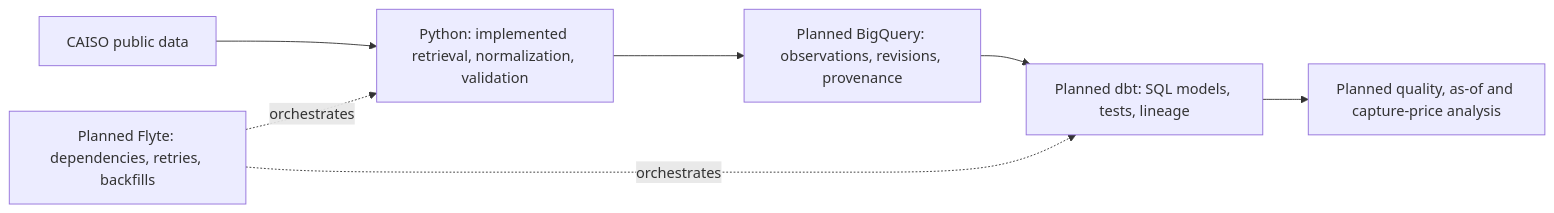
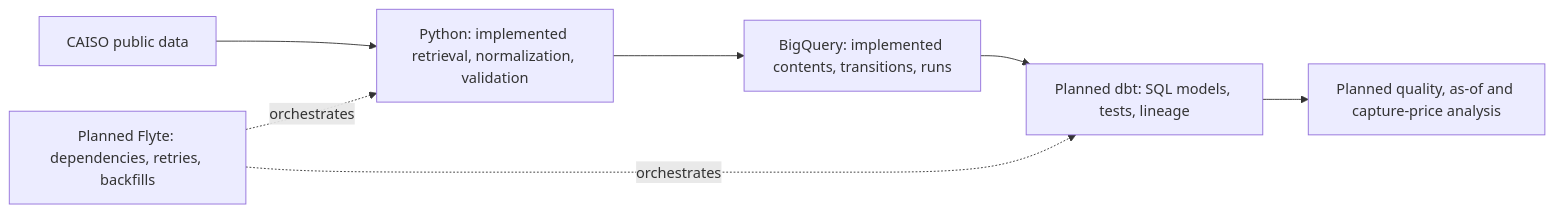
Before and after one commit to AdvaitBP/power-market-data-platform: the diagram in README.md, drawn with Mermaid. The commit also changed other lines of this file and 19 other files, not shown here.

Commit message:
Add revision-aware BigQuery persistence

````diff
--- a/README.md
+++ b/README.md
@@ -34,9 +44,9 @@
 ```mermaid
 flowchart LR
     C["CAISO public data"] --> P["Python: implemented retrieval, normalization, validation"]
-    P --> B["Planned BigQuery: observations, revisions, provenance"]
+    P --> B["BigQuery: implemented contents, transitions, runs"]
     B --> D["Planned dbt: SQL models, tests, lineage"]
     D --> A["Planned quality, as-of and capture-price analysis"]
     F["Planned Flyte: dependencies, retries, backfills"] -. orchestrates .-> P
     F -. orchestrates .-> D
 ```
````
